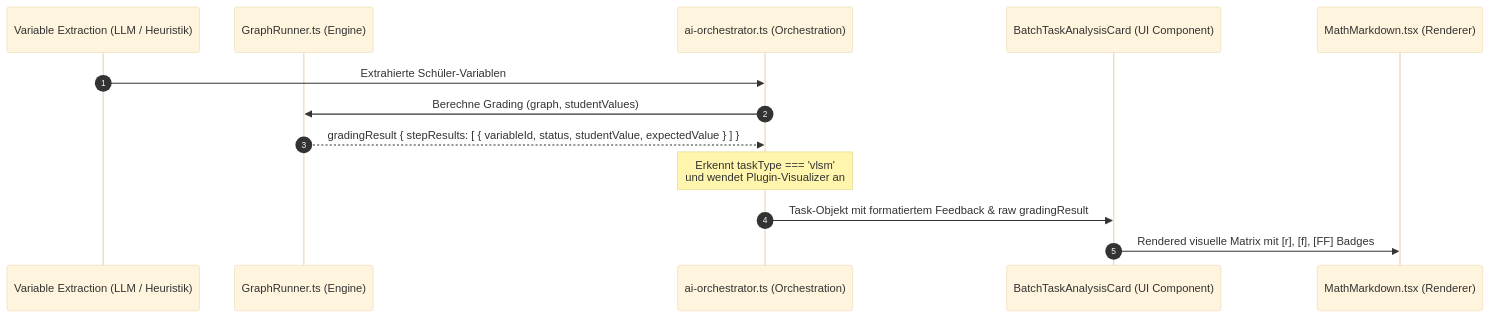
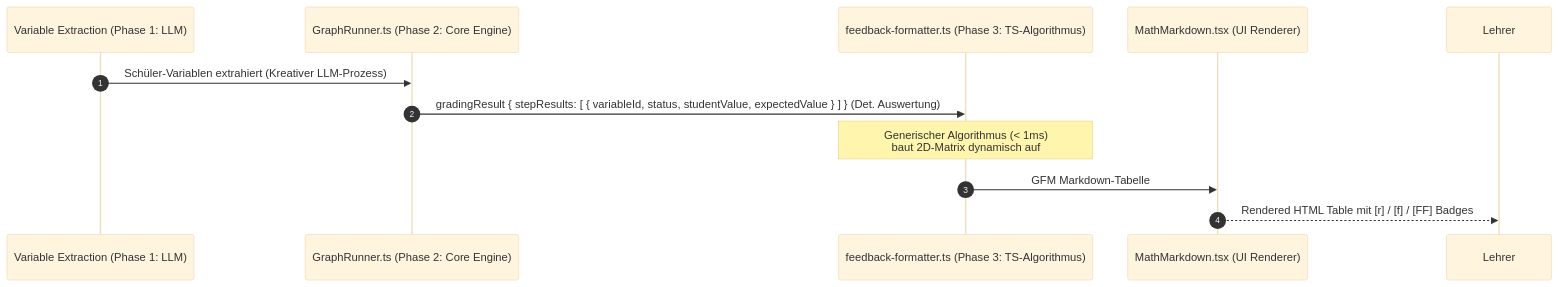
One commit to koreki-org/koreki changed the diagram in docs/concepts/plugin-specific-feedback-rendering.md. Above: the diagram before and after it, drawn with Mermaid (base theme). The commit also changed other lines of this file and 19 other files, not shown here.

Commit message:
feat(grading): implement zero-latency custom skill auto-save and sync bridge, and didactical input symmetry fallback in GraphRunner

````diff
--- a/docs/concepts/plugin-specific-feedback-rendering.md
+++ b/docs/concepts/plugin-specific-feedback-rendering.md
@@ -38,16 +35,14 @@
 ```mermaid
 sequenceDiagram
     autonumber
-    participant LLM as Variable Extraction (LLM / Heuristik)
-    participant GR as GraphRunner.ts (Engine)
-    participant AO as ai-orchestrator.ts (Orchestration)
-    participant UI as BatchTaskAnalysisCard (UI Component)
-    participant MD as MathMarkdown.tsx (Renderer)
+    participant LLM as Variable Extraction (Phase 1: LLM)
+    participant GR as GraphRunner.ts (Phase 2: Core Engine)
+    participant FF as feedback-formatter.ts (Phase 3: TS-Algorithmus)
+    participant MD as MathMarkdown.tsx (UI Renderer)
 
-    LLM->>AO: Extrahierte Schüler-Variablen
-    AO->>GR: Berechne Grading (graph, studentValues)
-    GR-->>AO: gradingResult { stepResults: [ { variableId, status, studentValue, expectedValue } ] }
-    Note over AO: Erkennt taskType === 'vlsm'<br/>und wendet Plugin-Visualizer an
-    AO->>UI: Task-Objekt mit formatiertem Feedback & raw gradingResult
-    UI->>MD: Rendered visuelle Matrix mit [r], [f], [FF] Badges
+    LLM->>GR: Schüler-Variablen extrahiert (Kreativer LLM-Prozess)
+    GR->>FF: gradingResult { stepResults: [ { variableId, status, studentValue, expectedValue } ] } (Det. Auswertung)
+    Note over FF: Generischer Algorithmus (< 1ms)<br/>baut 2D-Matrix dynamisch auf
+    FF->>MD: GFM Markdown-Tabelle
+    MD-->>Lehrer: Rendered HTML Table mit [r] / [f] / [FF] Badges
 ```
````
